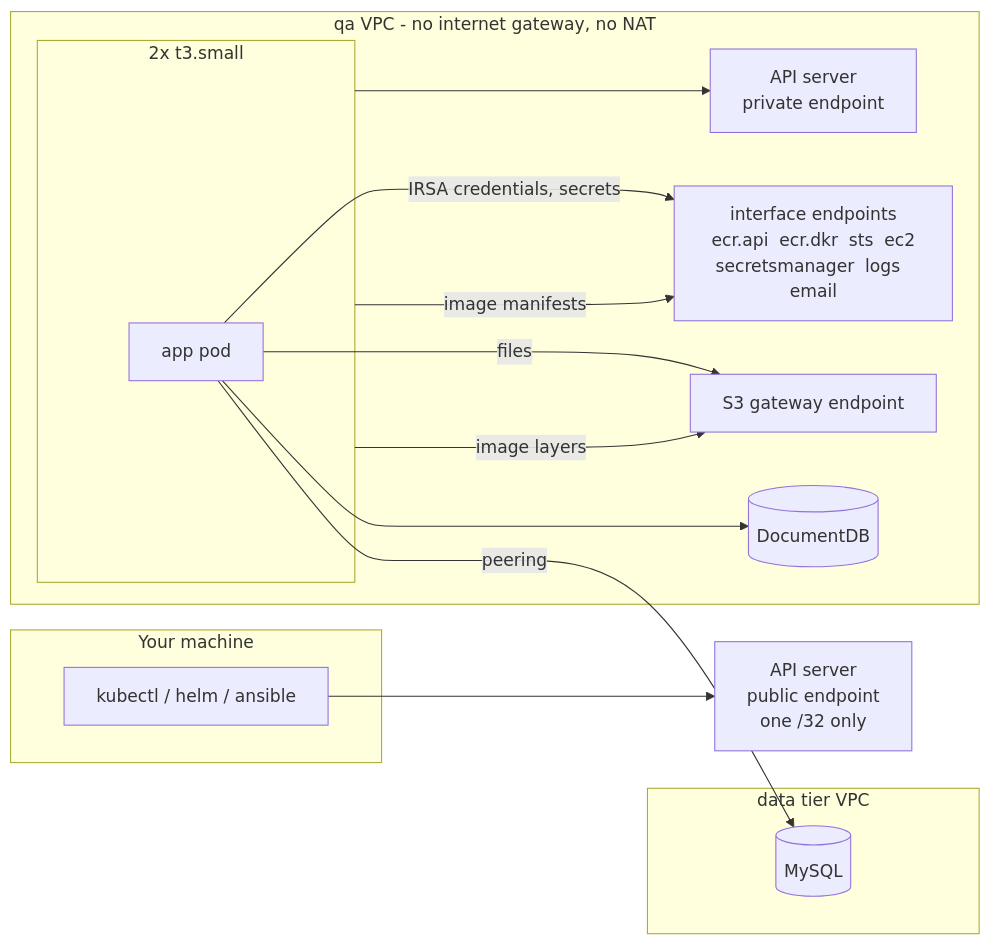
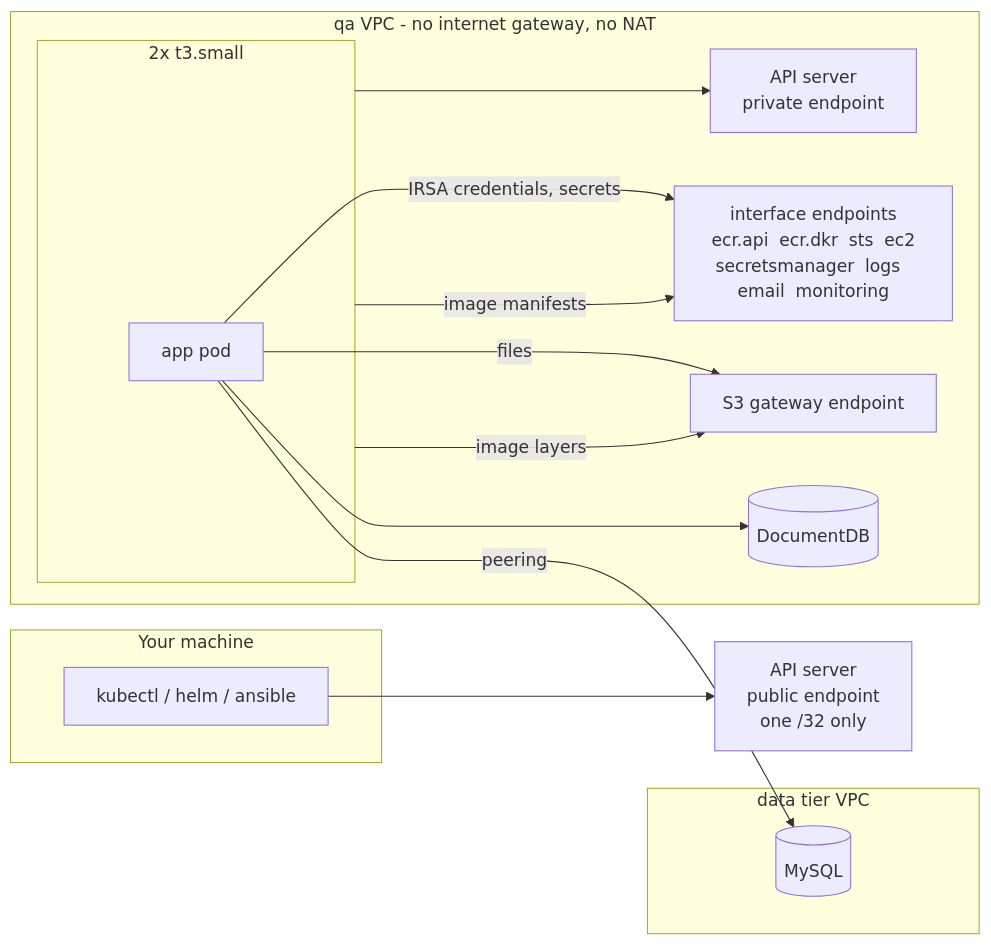
One commit to elpendex123/mongo-dcu-pipeline changed the diagram in docs/KUBERNETES.md. Above: the diagram before and after it, drawn with Mermaid. The commit also changed other lines of this file and 15 other files, not shown here.

````diff
--- a/docs/KUBERNETES.md
+++ b/docs/KUBERNETES.md
@@ -54,28 +56,28 @@
 ```mermaid
 flowchart LR
     subgraph Laptop["Your machine"]
         K["kubectl / helm / ansible"]
     end
     subgraph QA["qa VPC - no internet gateway, no NAT"]
         API_PRIV["API server<br/>private endpoint"]
         subgraph Nodes["2x t3.small"]
             POD["app pod"]
         end
-        EP["interface endpoints<br/>ecr.api  ecr.dkr  sts  ec2<br/>secretsmanager  logs  email"]
+        EP["interface endpoints<br/>ecr.api  ecr.dkr  sts  ec2<br/>secretsmanager  logs  email  monitoring"]
         S3GW["S3 gateway endpoint"]
         DOC[("DocumentDB")]
     end
     subgraph DATA["data tier VPC"]
         RDS[("MySQL")]
     end
     API_PUB["API server<br/>public endpoint<br/>one /32 only"]
 
     K --> API_PUB
     Nodes --> API_PRIV
     Nodes -->|image manifests| EP
     Nodes -->|image layers| S3GW
     POD -->|IRSA credentials, secrets| EP
     POD -->|files| S3GW
     POD --> DOC
     POD -->|peering| RDS
 ```
````
